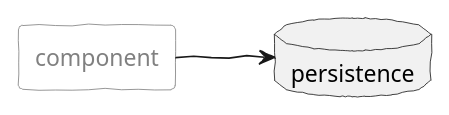
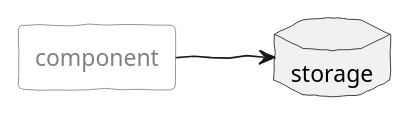
The fifth of 11 diagrams in source/architecture.rst (osantana/development-guidelines), drawn with PlantUML before and after one commit. The commit also changed other lines of this file and 1 other file, not shown here.

Commit message:
Finish draft of the architecture chapter

```diff
--- a/source/architecture.rst
+++ b/source/architecture.rst
@@ -164,14 +178,14 @@
 .. uml::
    :align: center
 
    left to right direction
    skinparam handwritten true
    skinparam agent {
      BorderColor #808080
      BackgroundColor #ffffff
      FontColor #808080
    }
 
    agent component
-   database persistence
-   component --> persistence
+   database storage
+   component --> storage
```
